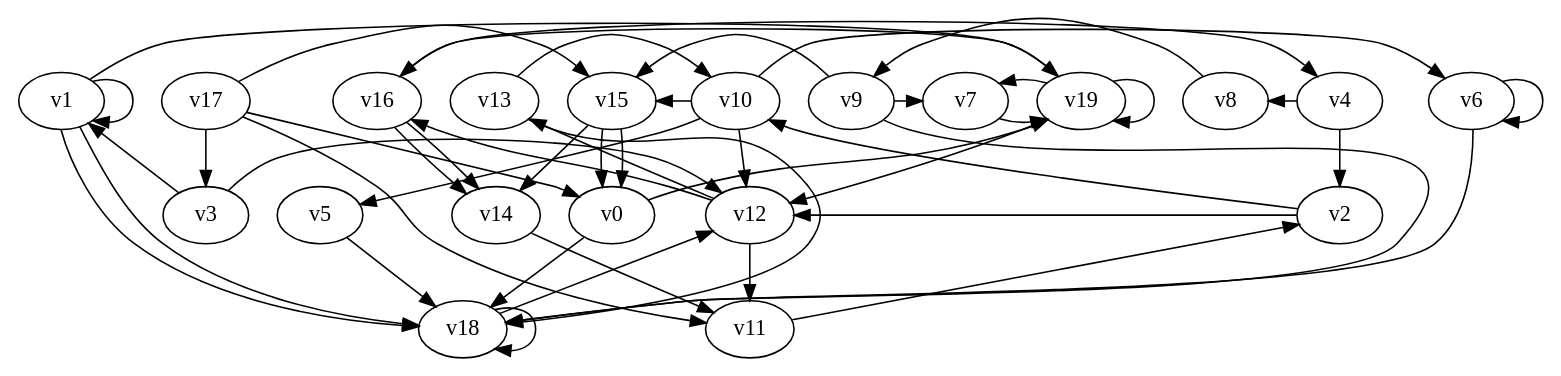
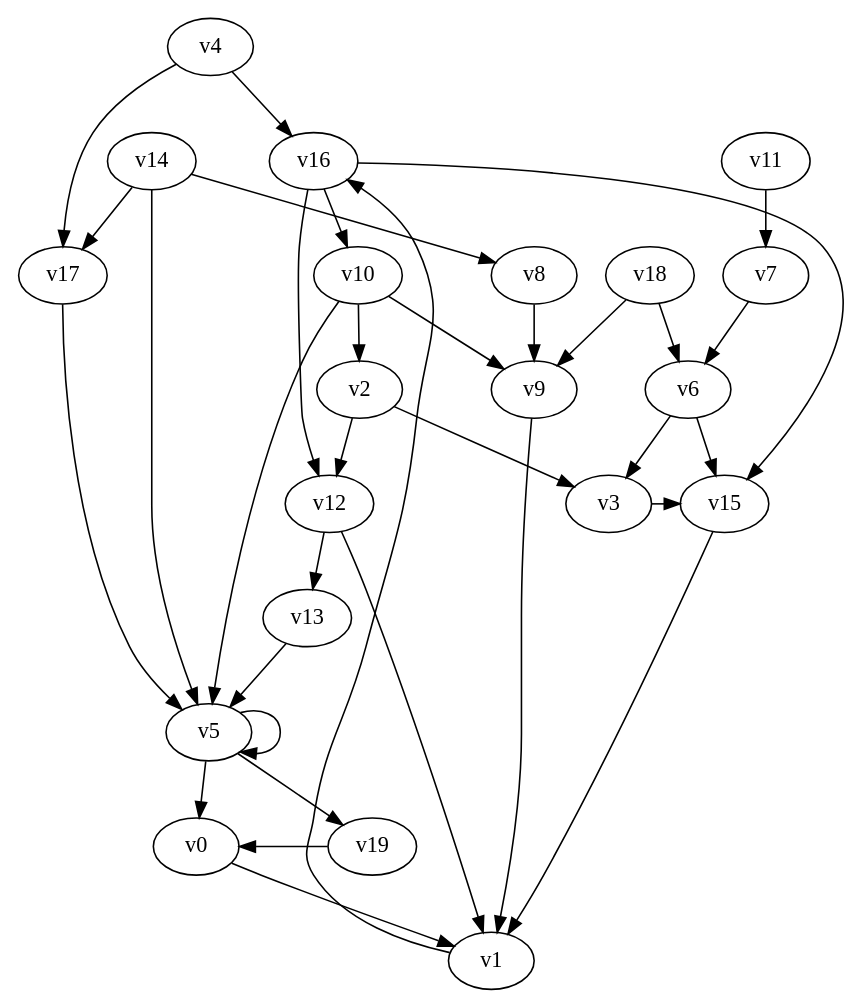
The diagram in temporis_games/test018.dot (petejaustin/temporis), drawn with Graphviz before and after one commit. The commit also changed 313 other files, not shown here.

Commit message:
updated to work with all new architecture

```diff
--- a/temporis_games/test018.dot
+++ b/temporis_games/test018.dot
@@ -1,71 +1,59 @@
 // Benchmark game 18 - 20 vertices
+// time_bound: 7
+// targets: v3
 digraph G {
-    v0 [name="v0", player=0];
-    v1 [name="v1", player=0];
-    v2 [name="v2", player=0, target=1];
-    v3 [name="v3", player=1];
-    v4 [name="v4", player=0];
-    v5 [name="v5", player=0, target=1];
-    v6 [name="v6", player=0];
-    v7 [name="v7", player=1];
-    v8 [name="v8", player=0];
-    v9 [name="v9", player=0];
+    v0 [name="v0", player=1];
+    v1 [name="v1", player=1];
+    v2 [name="v2", player=1];
+    v3 [name="v3", player=0, target=1];
+    v4 [name="v4", player=1];
+    v5 [name="v5", player=0];
+    v6 [name="v6", player=1];
+    v7 [name="v7", player=0];
+    v8 [name="v8", player=1];
+    v9 [name="v9", player=1];
     v10 [name="v10", player=1];
-    v11 [name="v11", player=0];
-    v12 [name="v12", player=1];
-    v13 [name="v13", player=1];
-    v14 [name="v14", player=0];
+    v11 [name="v11", player=1];
+    v12 [name="v12", player=0];
+    v13 [name="v13", player=0];
+    v14 [name="v14", player=1];
     v15 [name="v15", player=1];
-    v16 [name="v16", player=0, target=1];
-    v17 [name="v17", player=1];
+    v16 [name="v16", player=0];
+    v17 [name="v17", player=0];
     v18 [name="v18", player=0];
-    v19 [name="v19", player=1];
+    v19 [name="v19", player=0];
 
-    v0 -> v18;
-    v1 -> v19 [constraint="time >= 10"];
-    v2 -> v10 [constraint="time >= 10"];
-    v3 -> v1 [constraint="time >= 1"];
-    v4 -> v2;
-    v5 -> v18;
-    v6 -> v6 [constraint="time >= 7"];
-    v7 -> v19 [constraint="time % 5 == 4"];
-    v8 -> v9 [constraint="time % 4 == 3"];
-    v9 -> v7 [constraint="time >= 11"];
-    v10 -> v12;
-    v11 -> v2 [constraint="time % 3 == 1"];
-    v12 -> v13 [constraint="time == 6"];
-    v13 -> v10 [constraint="time % 4 == 2"];
-    v14 -> v11 [constraint="(time % 3 == 0) || (time % 4 == 0)"];
-    v15 -> v14;
-    v16 -> v14;
-    v17 -> v3;
-    v18 -> v12 [constraint="time <= 18"];
-    v19 -> v7 [constraint="(time >= 6) && (time <= 24)"];
-    v10 -> v6 [constraint="time >= 8"];
-    v16 -> v14 [constraint="time == 9"];
-    v15 -> v0;
-    v12 -> v16 [constraint="time == 7"];
-    v6 -> v18 [constraint="time == 1"];
-    v9 -> v15 [constraint="time % 5 == 2"];
-    v17 -> v0 [constraint="time >= 7"];
-    v4 -> v8 [constraint="time >= 13"];
-    v12 -> v11;
-    v1 -> v18 [constraint="time % 4 == 2"];
-    v2 -> v12 [constraint="time % 6 == 2"];
-    v19 -> v19;
-    v3 -> v12 [constraint="time == 10"];
-    v17 -> v11 [constraint="time >= 4"];
-    v19 -> v16 [constraint="time == 1"];
-    v1 -> v1;
-    v10 -> v15 [constraint="time % 3 == 2"];
-    v16 -> v4 [constraint="time == 19"];
-    v10 -> v5 [constraint="time == 19"];
-    v9 -> v18 [constraint="time == 16"];
-    v17 -> v15 [constraint="time >= 5"];
-    v15 -> v0 [constraint="time == 3"];
-    v13 -> v18 [constraint="time == 20"];
-    v0 -> v19 [constraint="time == 20"];
-    v18 -> v18;
-    v1 -> v18 [constraint="time == 16"];
-    v19 -> v12;
+    v0 -> v1;
+    v1 -> v16 [constraint="t >= 1"];
+    v2 -> v3;
+    v3 -> v15 [constraint="t >= 1"];
+    v4 -> v17;
+    v5 -> v5;
+    v6 -> v15;
+    v7 -> v6;
+    v8 -> v9;
+    v9 -> v1;
+    v10 -> v2;
+    v11 -> v7;
+    v12 -> v1;
+    v13 -> v5;
+    v14 -> v5;
+    v15 -> v1;
+    v16 -> v12;
+    v17 -> v5;
+    v18 -> v9;
+    v19 -> v0 [constraint="t mod 2 == 1"];
+    v14 -> v17;
+    v16 -> v15;
+    v4 -> v16;
+    v14 -> v8;
+    v6 -> v3;
+    v10 -> v5;
+    v5 -> v0;
+    v10 -> v9;
+    v18 -> v6;
+    v5 -> v19;
+    v12 -> v13;
+    v16 -> v10;
+    v2 -> v12;
 }
```
